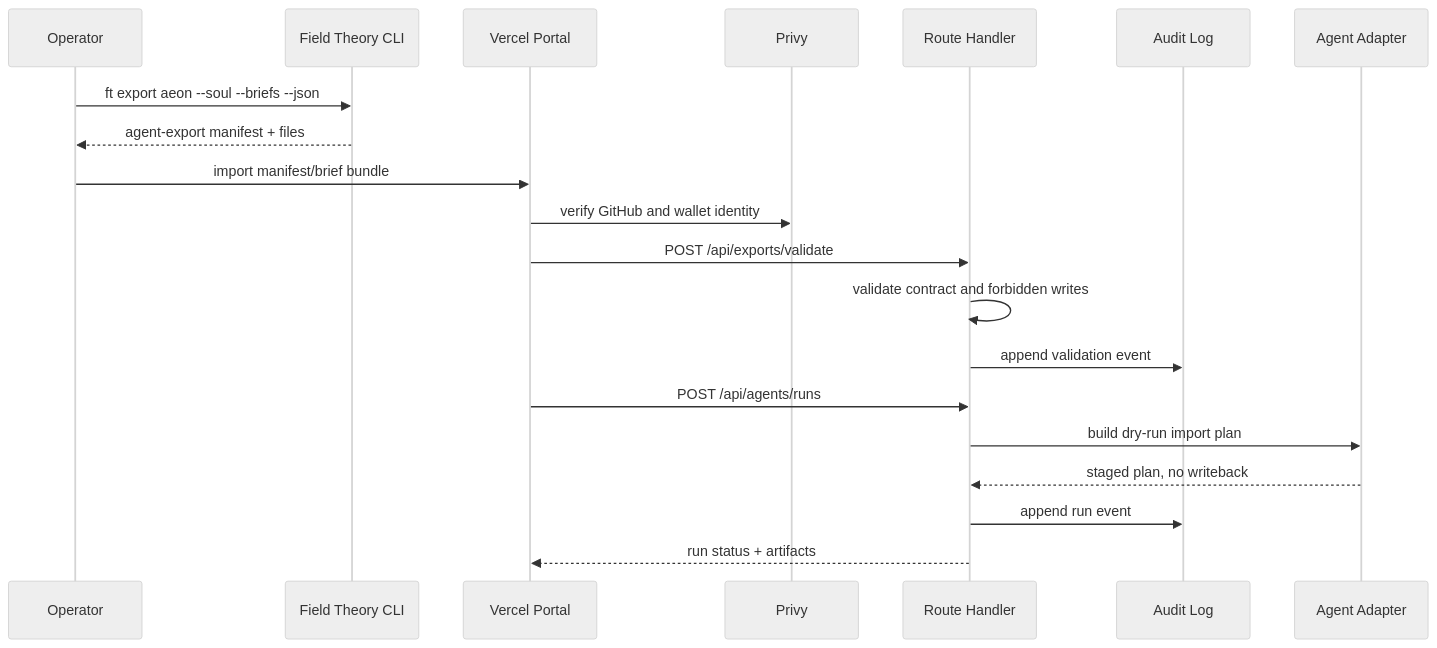
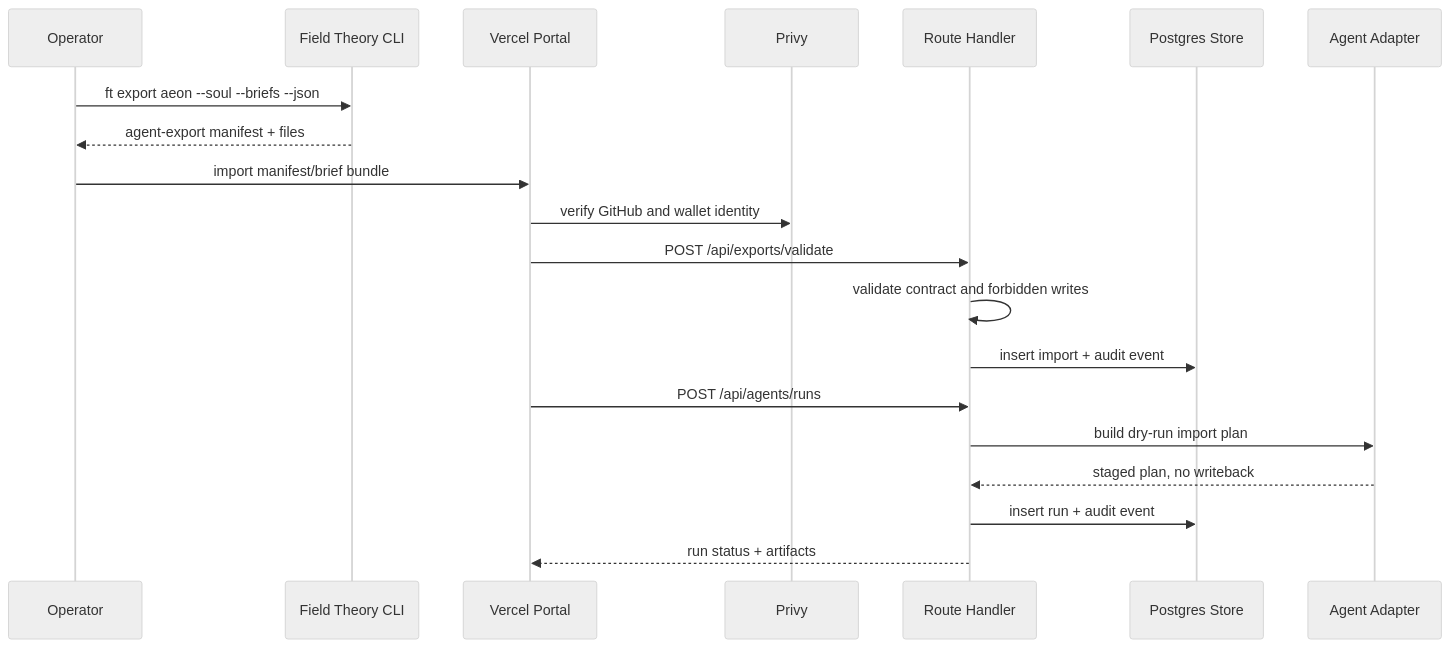
The second of 3 diagrams in docs/architecture/hosted-agentic-suite.md (chipoto69/fieldtheory), drawn with Mermaid (neutral theme) before and after one commit. The commit also changed other lines of this file and 33 other files, not shown here.

````diff
--- a/docs/architecture/hosted-agentic-suite.md
+++ b/docs/architecture/hosted-agentic-suite.md
@@ -69,23 +70,23 @@
 ```mermaid
 sequenceDiagram
   participant O as Operator
   participant CLI as Field Theory CLI
   participant Web as Vercel Portal
   participant Auth as Privy
   participant API as Route Handler
-  participant Audit as Audit Log
+  participant Store as Postgres Store
   participant Agent as Agent Adapter
 
   O->>CLI: ft export aeon --soul --briefs --json
   CLI-->>O: agent-export manifest + files
   O->>Web: import manifest/brief bundle
   Web->>Auth: verify GitHub and wallet identity
   Web->>API: POST /api/exports/validate
   API->>API: validate contract and forbidden writes
-  API->>Audit: append validation event
+  API->>Store: insert import + audit event
   Web->>API: POST /api/agents/runs
   API->>Agent: build dry-run import plan
   Agent-->>API: staged plan, no writeback
-  API->>Audit: append run event
+  API->>Store: insert run + audit event
   API-->>Web: run status + artifacts
 ```
````
